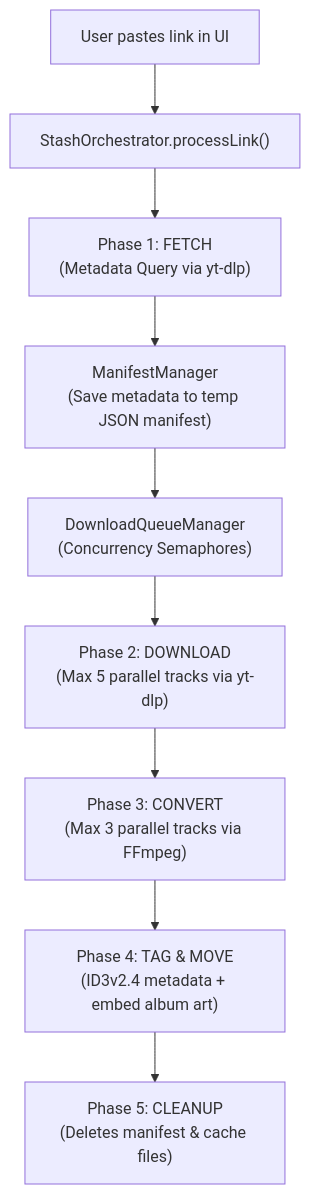
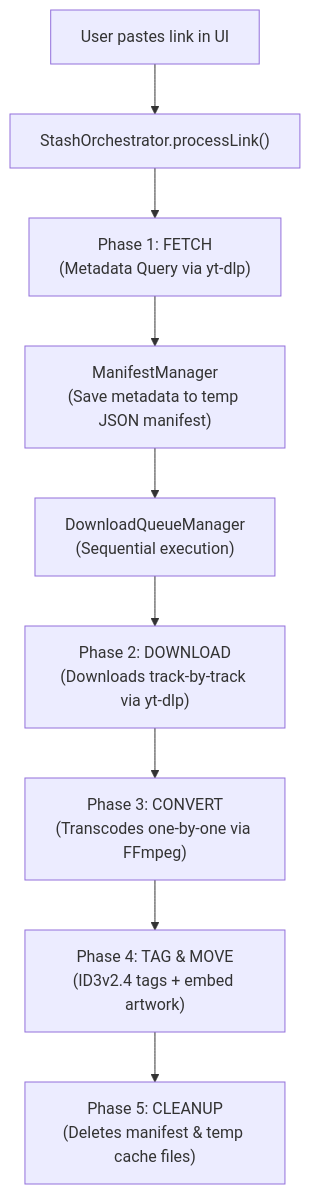
Before and after one commit to Eurt-labs/Stash: the diagram in README.md, drawn with Mermaid. The commit also changed other lines of this file and 5 other files, not shown here.

````diff
--- a/README.md
+++ b/README.md
@@ -21,12 +17,12 @@
 ```mermaid
 flowchart TD
     A["User pastes link in UI"] --> B["StashOrchestrator.processLink()"]
     B --> C["Phase 1: FETCH\n(Metadata Query via yt-dlp)"]
     C --> D["ManifestManager\n(Save metadata to temp JSON manifest)"]
-    D --> E["DownloadQueueManager\n(Concurrency Semaphores)"]
+    D --> E["DownloadQueueManager\n(Sequential execution)"]
     
-    E --> F["Phase 2: DOWNLOAD\n(Max 5 parallel tracks via yt-dlp)"]
-    F --> G["Phase 3: CONVERT\n(Max 3 parallel tracks via FFmpeg)"]
-    G --> H["Phase 4: TAG & MOVE\n(ID3v2.4 metadata + embed album art)"]
-    H --> I["Phase 5: CLEANUP\n(Deletes manifest & cache files)"]
+    E --> F["Phase 2: DOWNLOAD\n(Downloads track-by-track via yt-dlp)"]
+    F --> G["Phase 3: CONVERT\n(Transcodes one-by-one via FFmpeg)"]
+    G --> H["Phase 4: TAG & MOVE\n(ID3v2.4 tags + embed artwork)"]
+    H --> I["Phase 5: CLEANUP\n(Deletes manifest & temp cache files)"]
 ```
````
